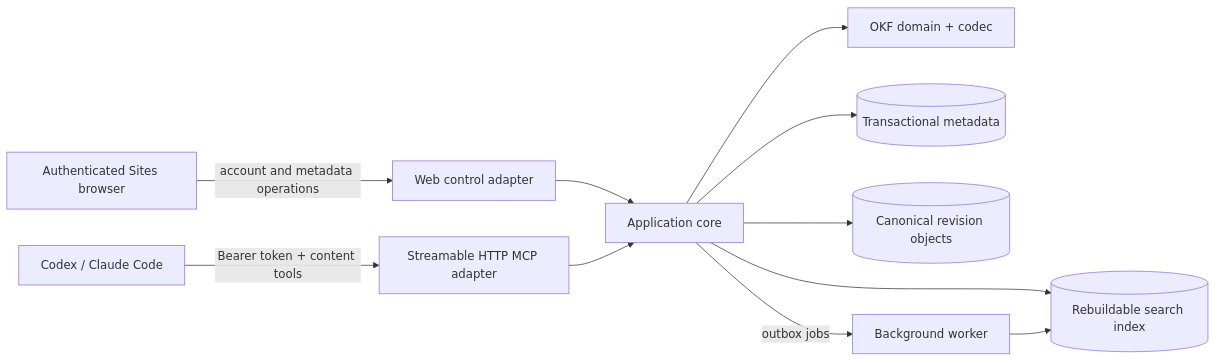
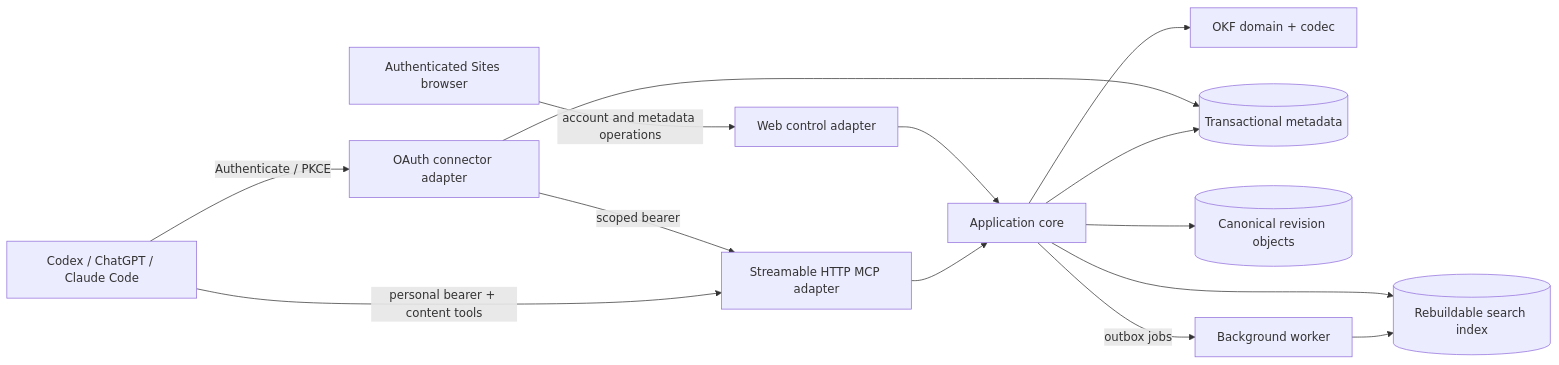
The first of 2 diagrams in docs/architecture.md (xxsrez/MindDiary), drawn with Mermaid before and after one commit. The commit also changed other lines of this file and 30 other files, not shown here.

Commit message:
feat: add OAuth connector foundation

````diff
--- a/docs/architecture.md
+++ b/docs/architecture.md
@@ -30,24 +32,28 @@
 ```mermaid
 flowchart LR
     Browser["Authenticated Sites browser"]
-    Agent["Codex / Claude Code"]
+    Agent["Codex / ChatGPT / Claude Code"]
+    OAuth["OAuth connector adapter"]
     Web["Web control adapter"]
     MCP["Streamable HTTP MCP adapter"]
     Core["Application core"]
     Codec["OKF domain + codec"]
     Meta[("Transactional metadata")]
     Canon[("Canonical revision objects")]
     Index[("Rebuildable search index")]
     Worker["Background worker"]
 
     Browser -->|"account and metadata operations"| Web
-    Agent -->|"Bearer token + content tools"| MCP
+    Agent -->|"Authenticate / PKCE"| OAuth
+    OAuth -->|"scoped bearer"| MCP
+    Agent -->|"personal bearer + content tools"| MCP
+    OAuth --> Meta
     Web --> Core
     MCP --> Core
     Core --> Codec
     Core --> Meta
     Core --> Canon
     Core --> Index
     Core -->|"outbox jobs"| Worker
     Worker --> Index
 ```
````
